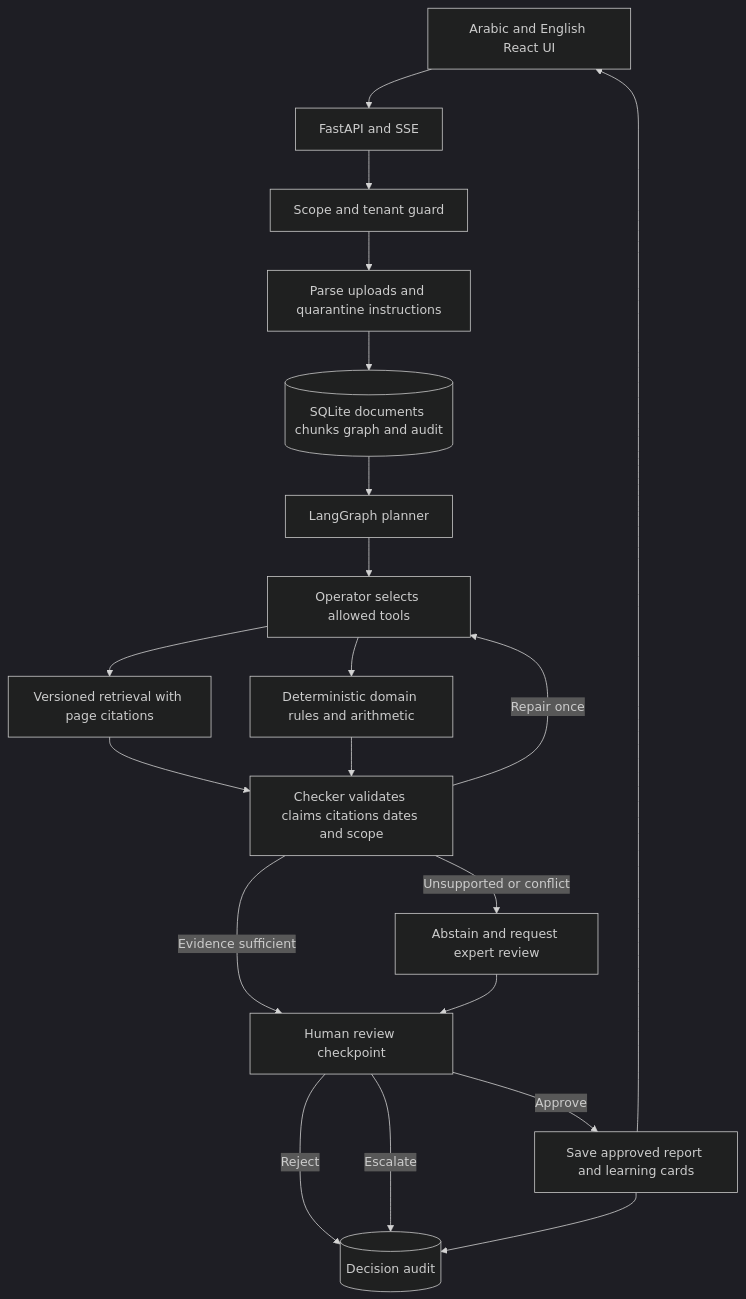
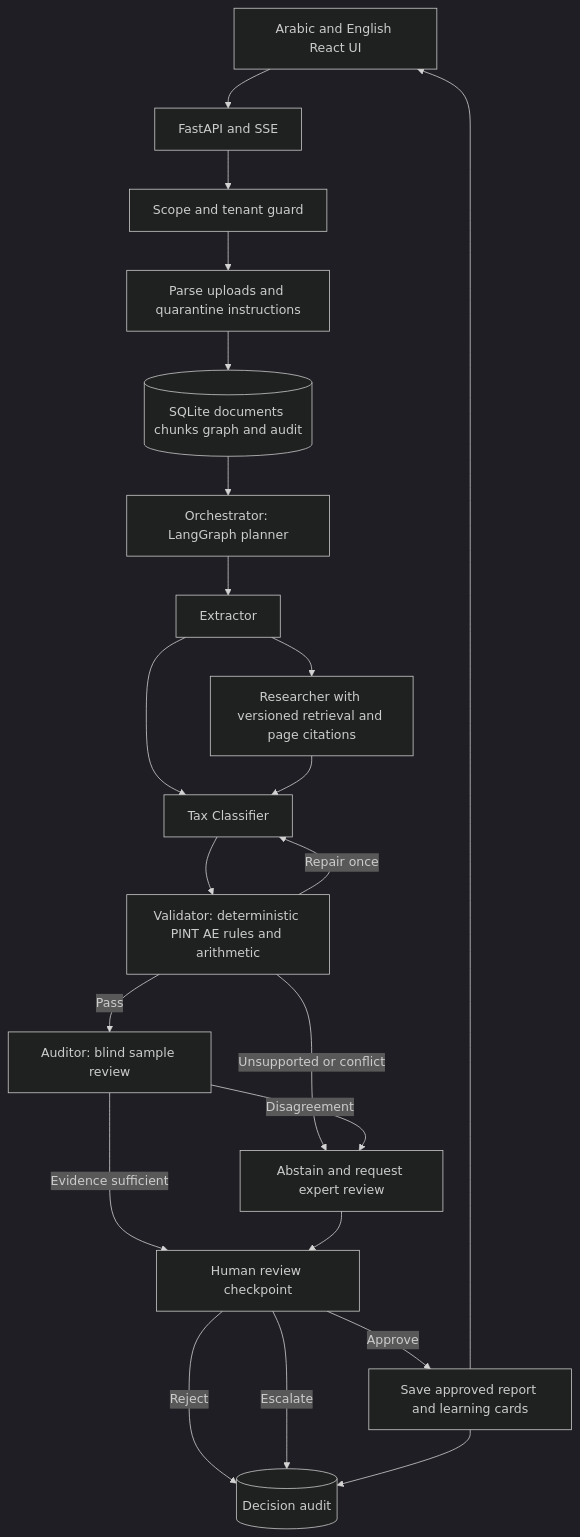
Before and after one commit to appscluster/UAE-Tax-Agent: the second of 2 diagrams in README.md, drawn with Mermaid (dark theme). The commit also changed other lines of this file, not shown here.

Commit message:
Redesign brief around a multi agent team with Critic and Validator loops

````diff
--- a/README.md
+++ b/README.md
@@ -66,22 +126,24 @@
 ```mermaid
 flowchart TD
     UI[Arabic and English React UI] --> API[FastAPI and SSE]
     API --> Guard[Scope and tenant guard]
     Guard --> Ingest[Parse uploads and quarantine instructions]
     Ingest --> Store[(SQLite documents chunks graph and audit)]
-    Store --> Plan[LangGraph planner]
-    Plan --> Operator[Operator selects allowed tools]
-    Operator --> Retrieve[Versioned retrieval with page citations]
-    Operator --> Rules[Deterministic domain rules and arithmetic]
-    Retrieve --> Check[Checker validates claims citations dates and scope]
-    Rules --> Check
-    Check -->|Unsupported or conflict| Escalate[Abstain and request expert review]
-    Check -->|Repair once| Operator
-    Check -->|Evidence sufficient| Human[Human review checkpoint]
+    Store --> Orch[Orchestrator: LangGraph planner]
+    Orch --> Ext[Extractor]
+    Ext --> Cls[Tax Classifier]
+    Ext --> Res[Researcher with versioned retrieval and page citations]
+    Res --> Cls
+    Cls --> Val[Validator: deterministic PINT AE rules and arithmetic]
+    Val -->|Repair once| Cls
+    Val -->|Pass| Aud[Auditor: blind sample review]
+    Val -->|Unsupported or conflict| Escalate[Abstain and request expert review]
+    Aud -->|Disagreement| Escalate
+    Aud -->|Evidence sufficient| Human[Human review checkpoint]
     Escalate --> Human
     Human -->|Approve| Report[Save approved report and learning cards]
     Human -->|Reject| Audit[(Decision audit)]
     Human -->|Escalate| Audit
     Report --> Audit
     Report --> UI
 ```
````
